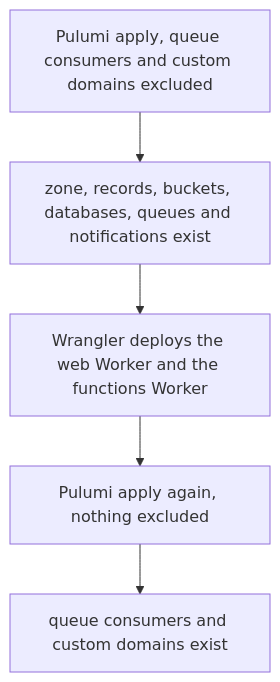
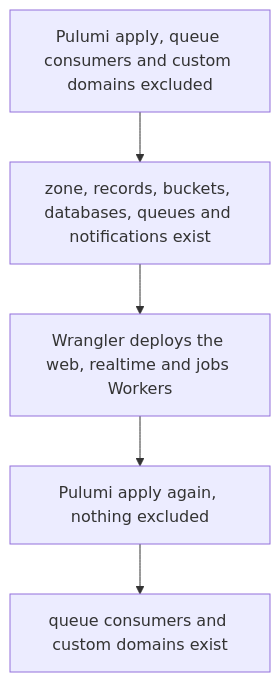
One commit to Esposter/Esposter changed the diagram in openspec/specs/infra/pulumi-layout/design.md. Above: the diagram before and after it, drawn with Mermaid. The commit also changed other lines of this file and 89 other files, not shown here.

````diff
--- a/openspec/specs/infra/pulumi-layout/design.md
+++ b/openspec/specs/infra/pulumi-layout/design.md
@@ -35,7 +35,7 @@
 ```mermaid
 flowchart TD
   A["Pulumi apply, queue consumers and custom domains excluded"] --> B["zone, records, buckets, databases, queues and notifications exist"]
-  B --> C["Wrangler deploys the web Worker and the functions Worker"]
+  B --> C["Wrangler deploys the web, realtime and jobs Workers"]
   C --> D["Pulumi apply again, nothing excluded"]
   D --> E["queue consumers and custom domains exist"]
 ```
````
